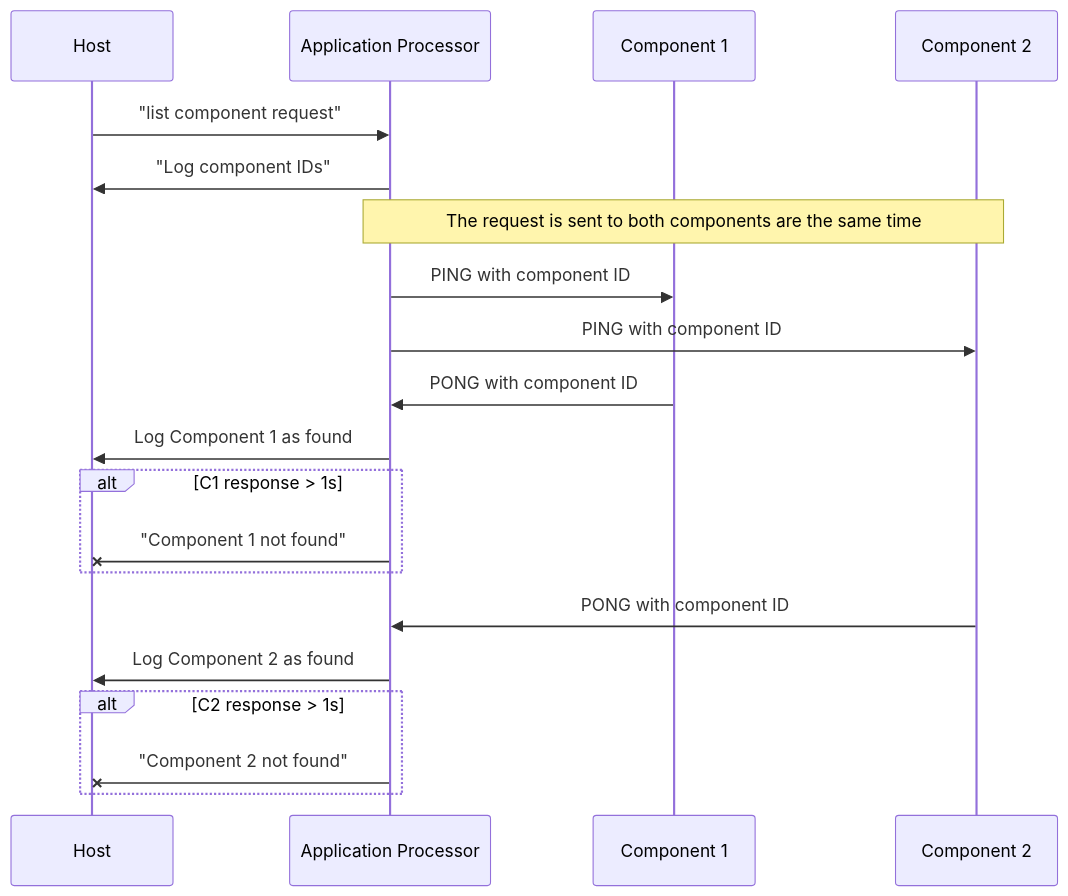
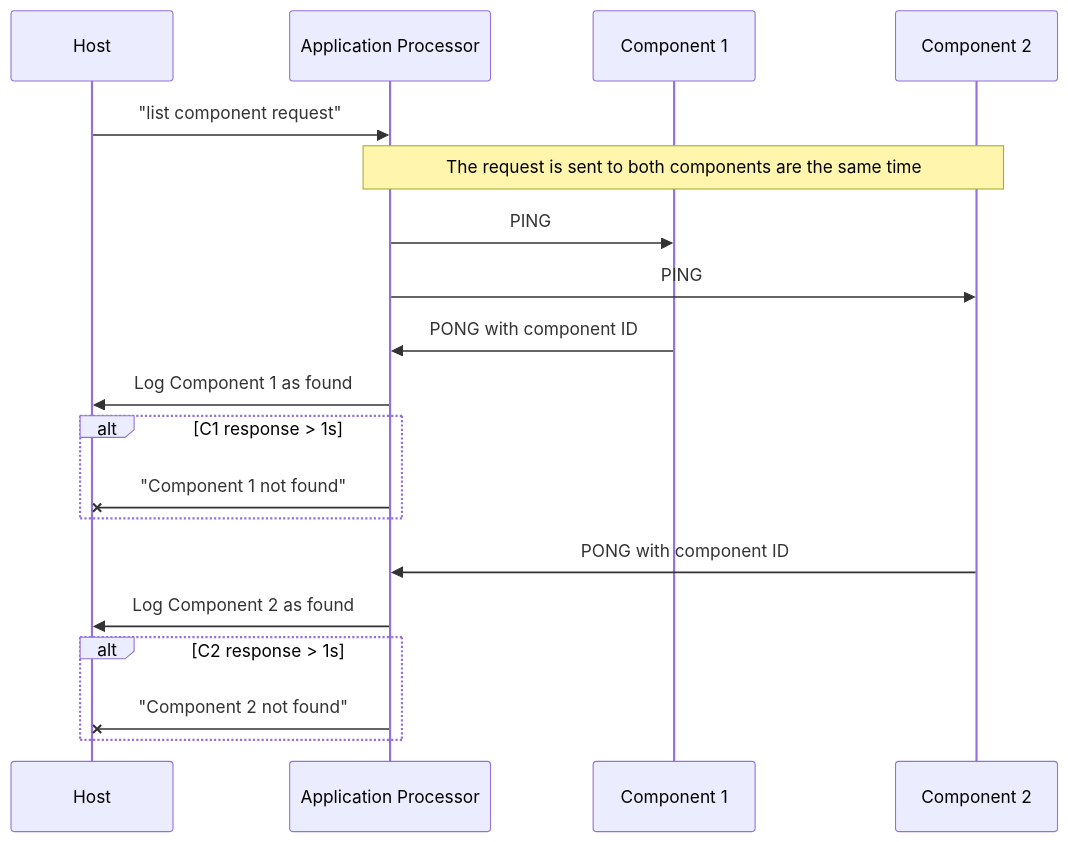
The first of 3 diagrams in docs/misc_protocol.md (sigpwny/2024-ectf-uiuc), drawn with Mermaid before and after one commit.

````diff
--- a/docs/misc_protocol.md
+++ b/docs/misc_protocol.md
@@ -11,22 +11,21 @@
 ```mermaid
 sequenceDiagram
   participant H as Host
   participant AP as Application Processor
   participant C1 as Component 1
   participant C2 as Component 2
   H ->> AP: "list component request"
-  AP ->> H: "Log component IDs"
   Note over AP, C2: The request is sent to both components are the same time
-  AP ->> C1: PING with component ID
-  AP ->> C2: PING with component ID
+  AP ->> C1: PING
+  AP ->> C2: PING
   C1 ->> AP: PONG with component ID
   AP ->> H: Log Component 1 as found
   alt C1 response > 1s
     AP -x H: "Component 1 not found"
   end
   C2 ->> AP: PONG with component ID
   AP ->> H: Log Component 2 as found
   alt C2 response > 1s
     AP -x H: "Component 2 not found"
   end
 ```
````
